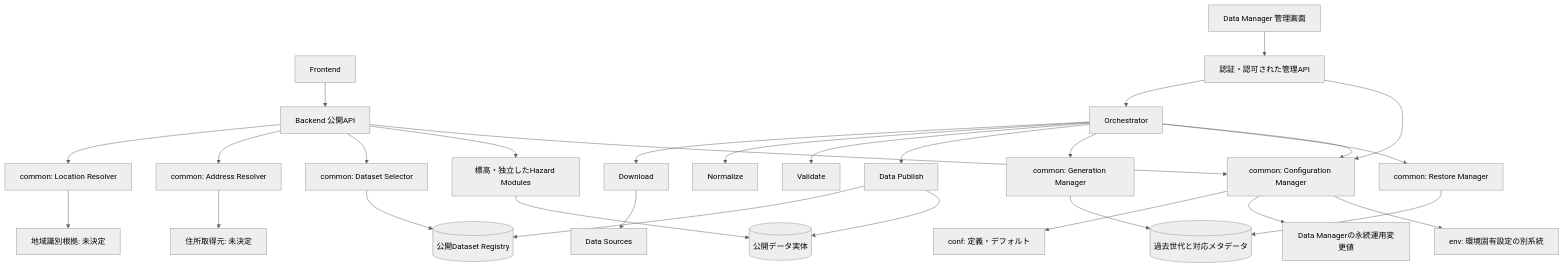
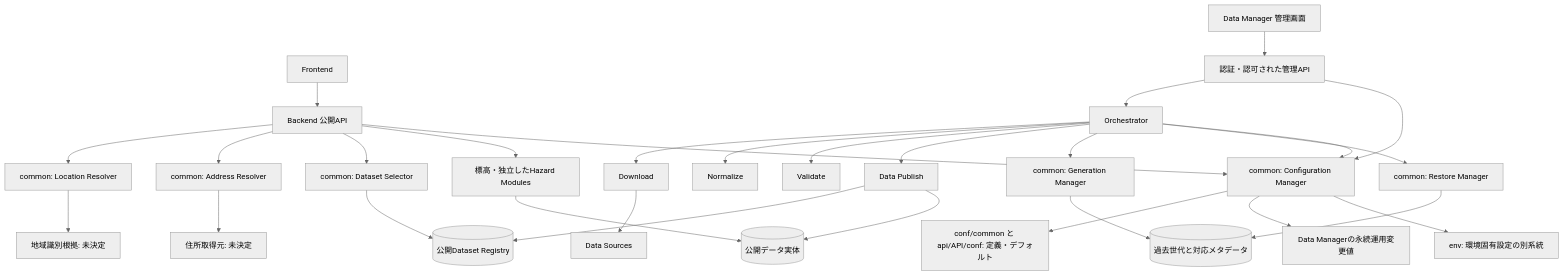
One commit to brokendish/HereRisk changed the diagram in docs/architecture/basic-architecture-v0.1.md. Above: the diagram before and after it, drawn with Mermaid (neutral theme). The commit also changed other lines of this file and 11 other files, not shown here.

````diff
--- a/docs/architecture/basic-architecture-v0.1.md
+++ b/docs/architecture/basic-architecture-v0.1.md
@@ -36,31 +36,31 @@
 ```mermaid
 flowchart TB
   F[Frontend] --> B[Backend 公開API]
   B --> L[common: Location Resolver]
   B --> A[common: Address Resolver]
   B --> S[common: Dataset Selector]
   B --> H[標高・独立したHazard Modules]
   S --> R[(公開Dataset Registry)]
   H --> D[(公開データ実体)]
   A --> AS[住所取得元: 未決定]
   L --> LS[地域識別根拠: 未決定]
   UI[Data Manager 管理画面] --> M[認証・認可された管理API]
   M --> O[Orchestrator]
   O --> DL[Download]
   O --> N[Normalize]
   O --> V[Validate]
   O --> P[Data Publish]
   O --> G[common: Generation Manager]
   O --> T[common: Restore Manager]
   DL --> SRC[Data Sources]
   P --> R
   P --> D
   G --> AR[(過去世代と対応メタデータ)]
   T --> AR
   B --> C[common: Configuration Manager]
   M --> C
   O --> C
-  C --> CF[conf: 定義・デフォルト]
+  C --> CF[conf/common と api/API/conf: 定義・デフォルト]
   C --> OV[Data Managerの永続運用変更値]
   C --> E[env: 環境固有設定の別系統]
 ```
````
